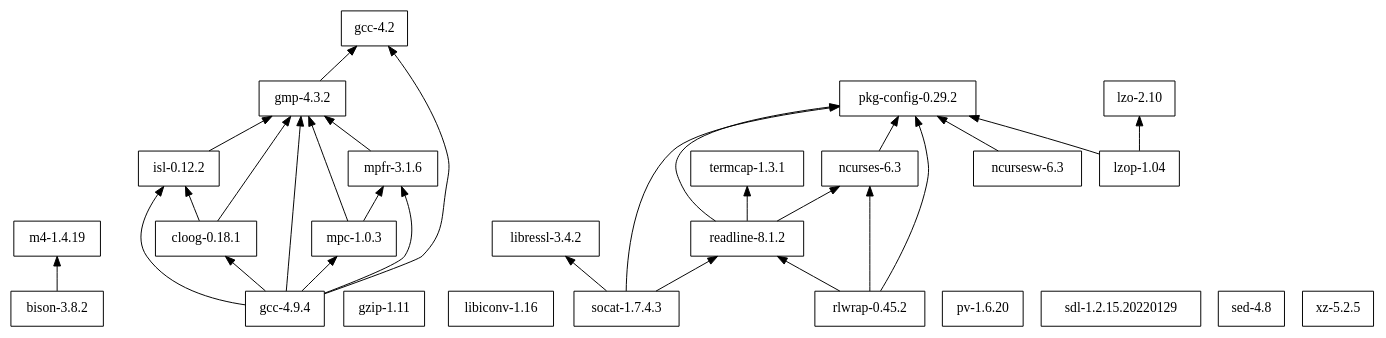
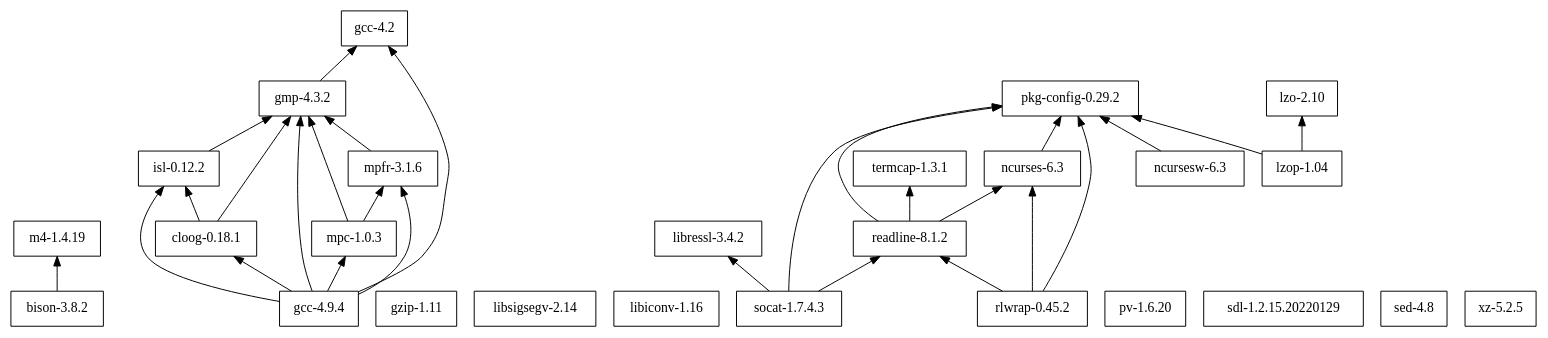
The diagram in leopardsh/deps/dependencies.dot (cellularmitosis/leopard.sh), drawn with Graphviz before and after one commit. The commit also changed 12 other files, not shown here.

```diff
--- a/leopardsh/deps/dependencies.dot
+++ b/leopardsh/deps/dependencies.dot
@@ -1,45 +1,46 @@
 digraph mygraph {
 node [shape=box];
 rankdir = BT;
 
 "bison-3.8.2" -> "m4-1.4.19"
 "cloog-0.18.1" -> "gmp-4.3.2"
 "cloog-0.18.1" -> "isl-0.12.2"
 "gcc-4.2"
 "gcc-4.9.4" -> "cloog-0.18.1"
 "gcc-4.9.4" -> "gcc-4.2"
 "gcc-4.9.4" -> "gmp-4.3.2"
 "gcc-4.9.4" -> "isl-0.12.2"
 "gcc-4.9.4" -> "mpc-1.0.3"
 "gcc-4.9.4" -> "mpfr-3.1.6"
 "gmp-4.3.2" -> "gcc-4.2"
 "gzip-1.11"
 "isl-0.12.2" -> "gmp-4.3.2"
+"libsigsegv-2.14"
 "libiconv-1.16"
 "libressl-3.4.2"
 "lzo-2.10"
 "lzop-1.04" -> "lzo-2.10"
 "lzop-1.04" -> "pkg-config-0.29.2"
 "m4-1.4.19"
 "mpc-1.0.3" -> "gmp-4.3.2"
 "mpc-1.0.3" -> "mpfr-3.1.6"
 "mpfr-3.1.6" -> "gmp-4.3.2"
 "ncurses-6.3" -> "pkg-config-0.29.2"
 "ncursesw-6.3" -> "pkg-config-0.29.2"
 "pkg-config-0.29.2"
 "pv-1.6.20"
 "readline-8.1.2" -> "ncurses-6.3"
 "readline-8.1.2" -> "pkg-config-0.29.2"
 "readline-8.1.2" -> "termcap-1.3.1"
 "rlwrap-0.45.2" -> "ncurses-6.3"
 "rlwrap-0.45.2" -> "pkg-config-0.29.2"
 "rlwrap-0.45.2" -> "readline-8.1.2"
 "sdl-1.2.15.20220129"
 "sed-4.8"
 "socat-1.7.4.3" -> "libressl-3.4.2"
 "socat-1.7.4.3" -> "pkg-config-0.29.2"
 "socat-1.7.4.3" -> "readline-8.1.2"
 "termcap-1.3.1"
 "xz-5.2.5"
 
 }
```
